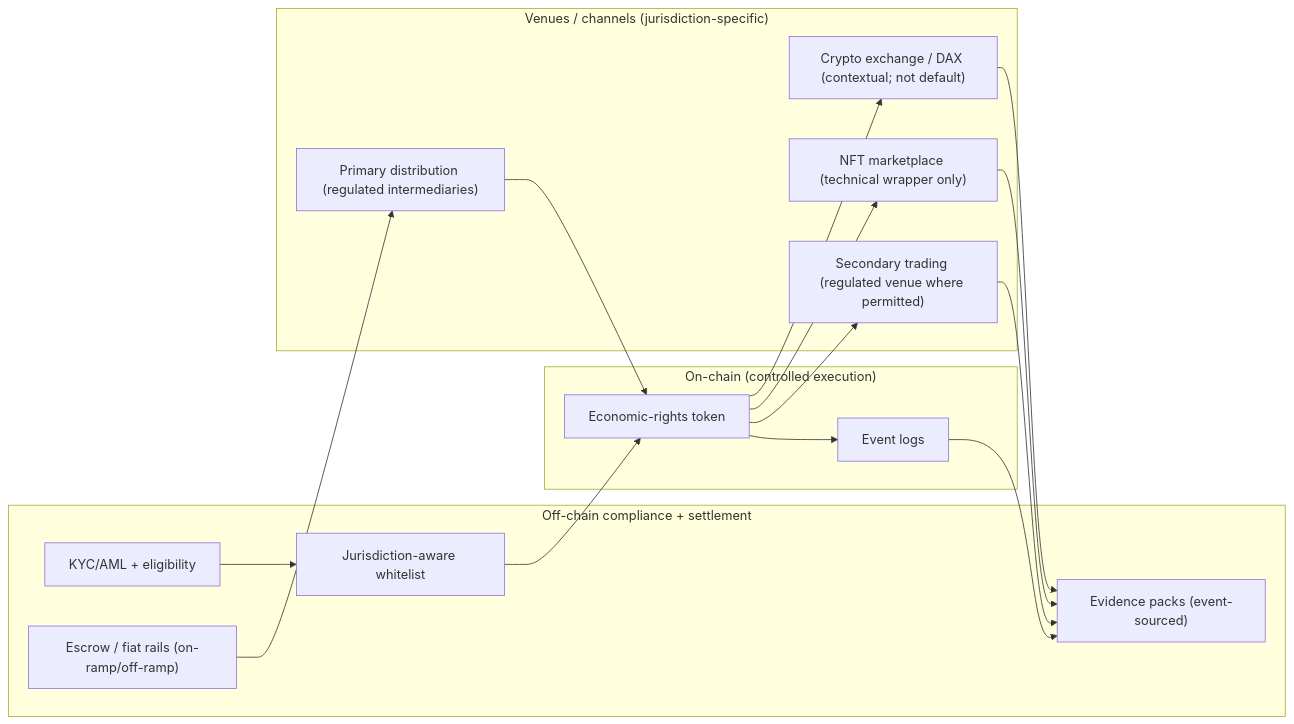
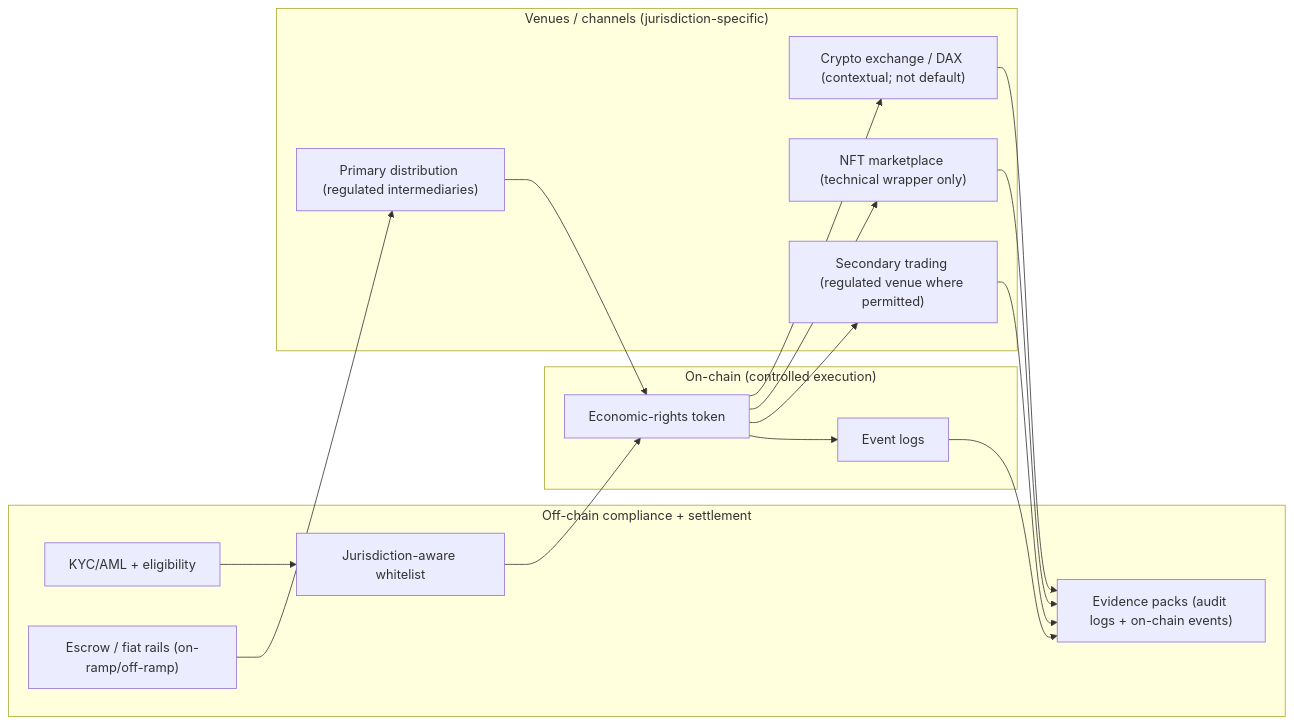
The diagram in 02-figures/diagrams/venues-and-ramps-overview.md (ljcom/asean-rwa-whitepaper), drawn with Mermaid before and after one commit. The commit also changed 11 other files, not shown here.

````diff
--- a/02-figures/diagrams/venues-and-ramps-overview.md
+++ b/02-figures/diagrams/venues-and-ramps-overview.md
@@ -5,36 +5,36 @@
 ```mermaid
 flowchart LR
   subgraph OFF["Off-chain compliance + settlement"]
     KYC["KYC/AML + eligibility"]
     WL["Jurisdiction-aware whitelist"]
     ESC["Escrow / fiat rails (on-ramp/off-ramp)"]
-    EVID["Evidence packs (event-sourced)"]
+    EVID["Evidence packs (audit logs + on-chain events)"]
   end
 
   subgraph ON["On-chain (controlled execution)"]
     TOK["Economic-rights token"]
     LOG["Event logs"]
   end
 
   subgraph VEN["Venues / channels (jurisdiction-specific)"]
     PRI["Primary distribution (regulated intermediaries)"]
     SEC["Secondary trading (regulated venue where permitted)"]
     NFT["NFT marketplace (technical wrapper only)"]
     CEX["Crypto exchange / DAX (contextual; not default)"]
   end
 
   KYC --> WL
   WL --> TOK
   ESC --> PRI
   PRI --> TOK
   TOK --> LOG
   LOG --> EVID
 
   TOK --> SEC
   TOK --> NFT
   TOK --> CEX
 
   SEC --> EVID
   NFT --> EVID
   CEX --> EVID
 ```
````
